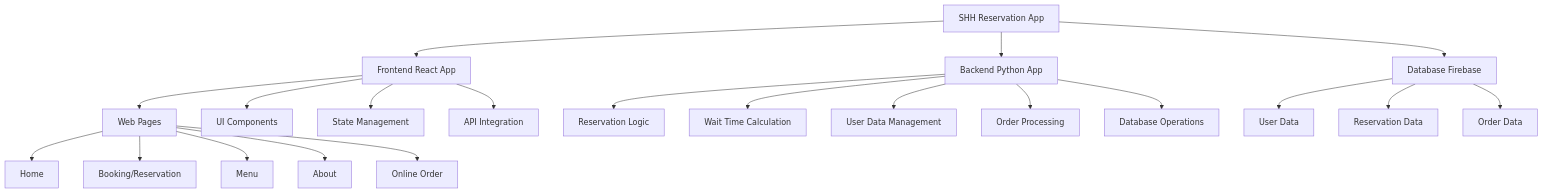
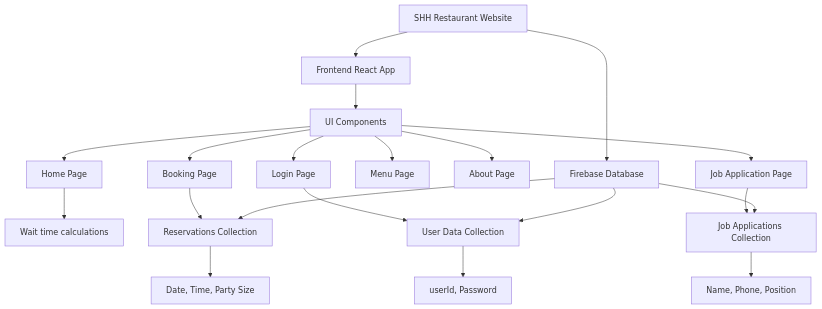
One commit to haydenkarl22/SHHReservationApp changed the diagram in documentation/overallProjectStructureDiagram.mmd. Above: the diagram before and after it, drawn with Mermaid.

Commit message:
Update overallProjectStructureDiagram.mmd
Updated the diagram to accurately represent our current project

```diff
--- a/documentation/overallProjectStructureDiagram.mmd
+++ b/documentation/overallProjectStructureDiagram.mmd
@@ -1,22 +1,25 @@
 graph TD
-    A[SHH Reservation App]
-    A --> B[Frontend React App]
-    A --> C[Backend Python App]
-    B --> B1[Web Pages]
-    B1 --> B1a[Home]
-    B1 --> B1b[Booking/Reservation]
-    B1 --> B1c[Menu]
-    B1 --> B1d[About]
-    B1 --> B1e[Online Order]
-    B --> B2[UI Components]
-    B --> B3[State Management]
-    B --> B4[API Integration]
-    C --> C1[Reservation Logic]
-    C --> C2[Wait Time Calculation]
-    C --> C3[User Data Management]
-    C --> C4[Order Processing]
-    C --> C5[Database Operations]
-    A --> D[Database Firebase]
-    D --> D1[User Data]
-    D --> D2[Reservation Data]
-    D --> D3[Order Data]
+%% Overall System
+    A[SHH Restaurant Website] --> B[Frontend React App]
+    A --> D[Firebase Database]
+
+%% Frontend Breakdown
+    B --> B1[UI Components]
+    B1 --> B1a[Home Page]
+    B1a --> B2a[Wait time calculations]
+    B1 --> B1b[Booking Page]
+    B1b --> D2[Reservations Collection]
+    B1 --> B1c[Menu Page]
+    B1 --> B1d[About Page]
+    B1 --> B1e[Login Page]
+    B1e --> D1[User Data Collection]
+    B1 --> B1f[Job Application Page]
+    B1f --> D4[Job Applications Collection]
+
+%% Firebase Breakdown
+    D --> D1[User Data Collection]
+    D --> D2[Reservations Collection]
+    D --> D4[Job Applications Collection]
+    D1 --> D1a[userId, Password]
+    D2 --> D2a[Date, Time, Party Size]
+    D4 --> D4a[Name, Phone, Position]
```
